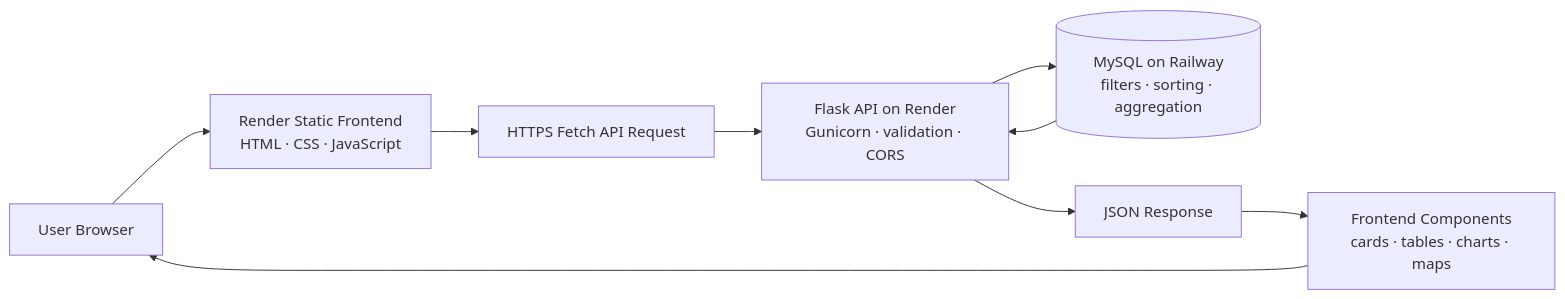
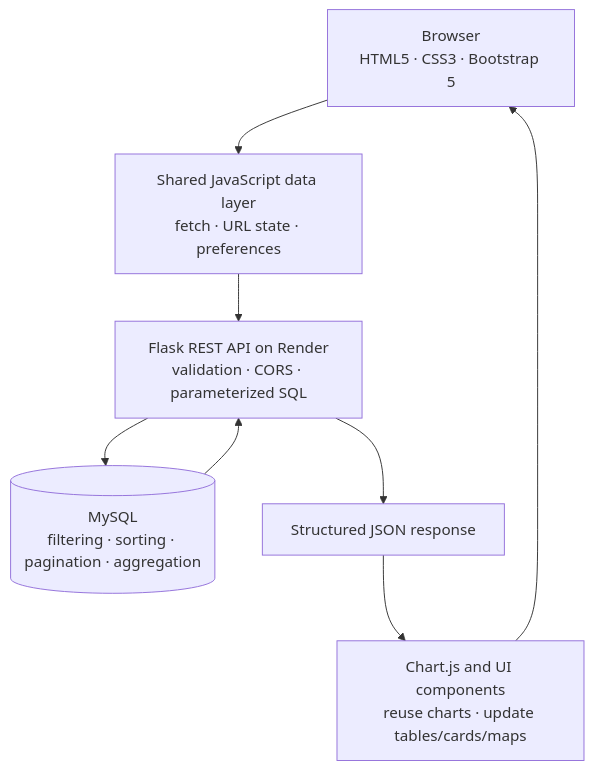
The first of 2 diagrams in README.md (mussabtaha/Traditional-Governance-Data-Analytics-and-Visualization-Platform), drawn with Mermaid before and after one commit. The commit also changed other lines of this file, not shown here.

````diff
--- a/README.md
+++ b/README.md
@@ -164,11 +176,10 @@
 ```mermaid
-flowchart LR
-    U["User Browser"] --> F["Render Static Frontend<br/>HTML · CSS · JavaScript"]
-    F --> Q["HTTPS Fetch API Request"]
-    Q --> A["Flask API on Render<br/>Gunicorn · validation · CORS"]
-    A --> D[("MySQL on Railway<br/>filters · sorting · aggregation")]
-    D --> A
-    A --> R["JSON Response"]
-    R --> V["Frontend Components<br/>cards · tables · charts · maps"]
-    V --> U
+flowchart TD
+    B["Browser<br/>HTML5 · CSS3 · Bootstrap 5"] --> J["Shared JavaScript data layer<br/>fetch · URL state · preferences"]
+    J --> F["Flask REST API on Render<br/>validation · CORS · parameterized SQL"]
+    F --> M[("MySQL<br/>filtering · sorting · pagination · aggregation")]
+    M --> F
+    F --> R["Structured JSON response"]
+    R --> C["Chart.js and UI components<br/>reuse charts · update tables/cards/maps"]
+    C --> B
 ```
````
